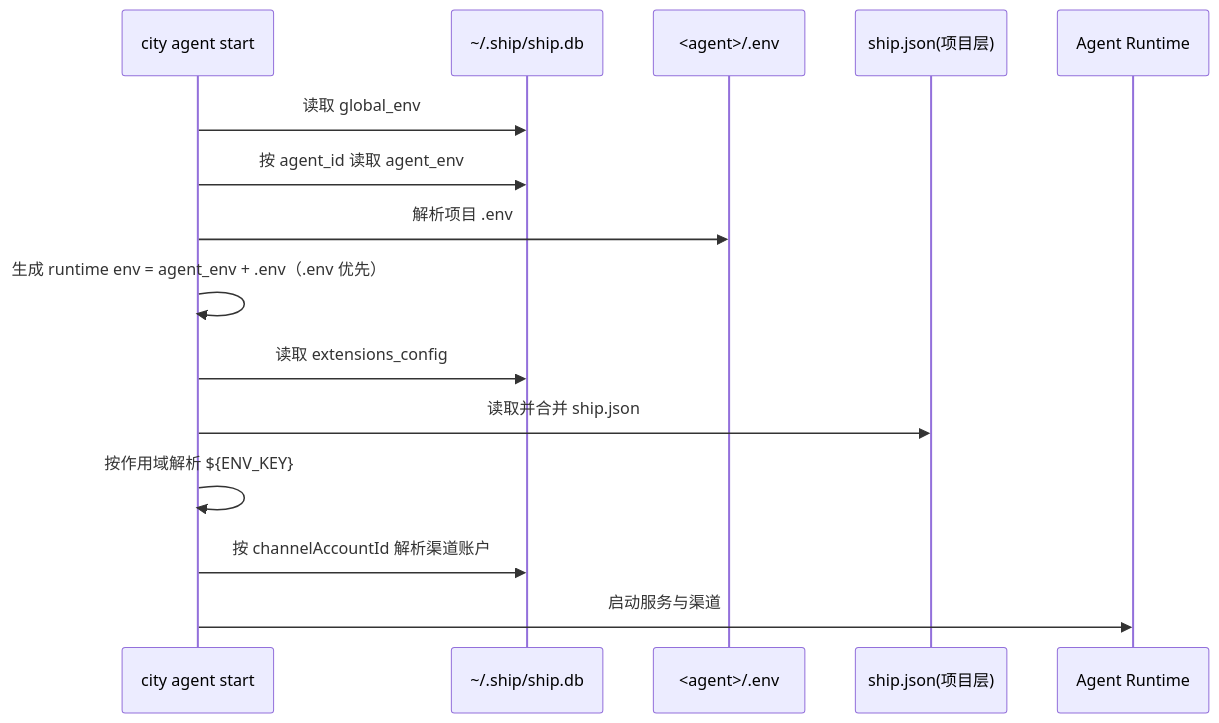
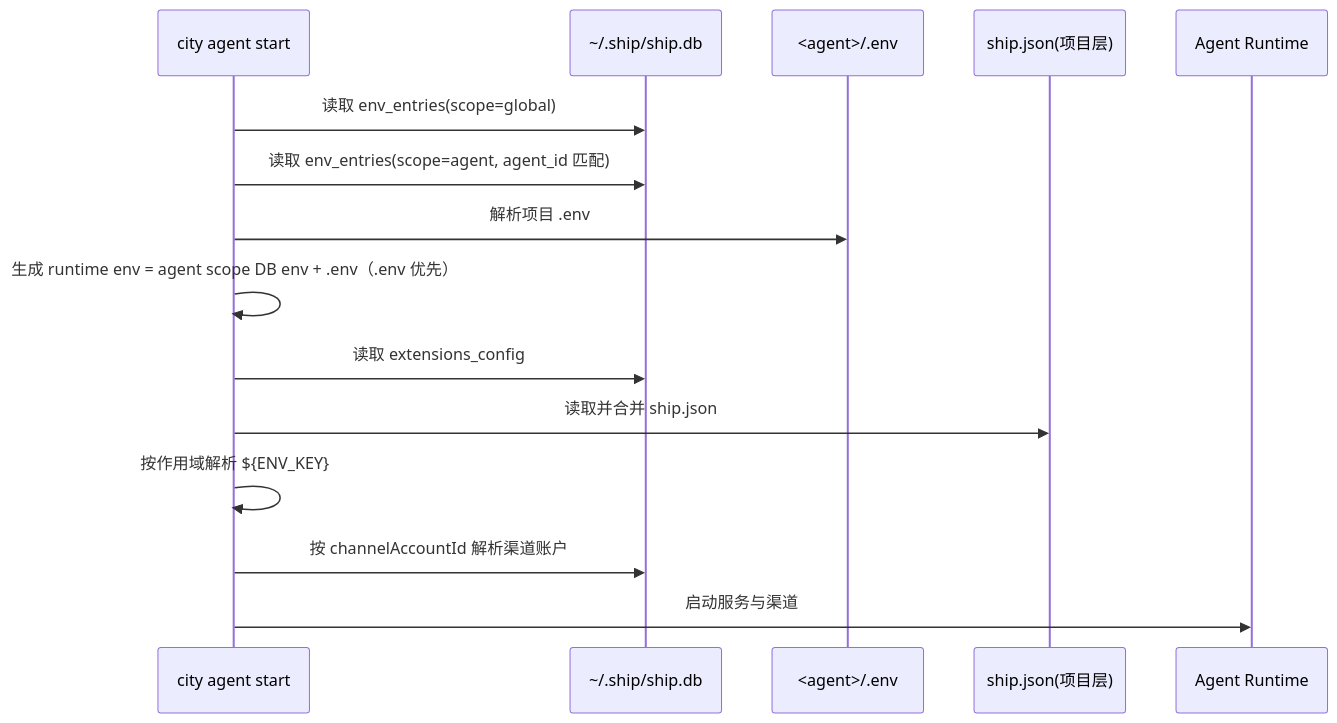
One commit to wangenius/downcity changed the first of 2 diagrams in homepage/content/docs/zh/configuration/environment-variables.mdx. Above: the diagram before and after it, drawn with Mermaid. The commit also changed other lines of this file and 42 other files, not shown here.

````diff
--- a/homepage/content/docs/zh/configuration/environment-variables.mdx
+++ b/homepage/content/docs/zh/configuration/environment-variables.mdx
@@ -36,18 +36,18 @@
 ```mermaid
 sequenceDiagram
   participant CLI as city agent start
   participant DB as ~/.ship/ship.db
   participant ENV as <agent>/.env
   participant JSON as ship.json(项目层)
   participant RT as Agent Runtime
 
-  CLI->>DB: 读取 global_env
-  CLI->>DB: 按 agent_id 读取 agent_env
+  CLI->>DB: 读取 env_entries(scope=global)
+  CLI->>DB: 读取 env_entries(scope=agent, agent_id 匹配)
   CLI->>ENV: 解析项目 .env
-  CLI->>CLI: 生成 runtime env = agent_env + .env（.env 优先）
+  CLI->>CLI: 生成 runtime env = agent scope DB env + .env（.env 优先）
   CLI->>DB: 读取 extensions_config
   CLI->>JSON: 读取并合并 ship.json
   CLI->>CLI: 按作用域解析 ${ENV_KEY}
   CLI->>DB: 按 channelAccountId 解析渠道账户
   CLI->>RT: 启动服务与渠道
 ```
````
